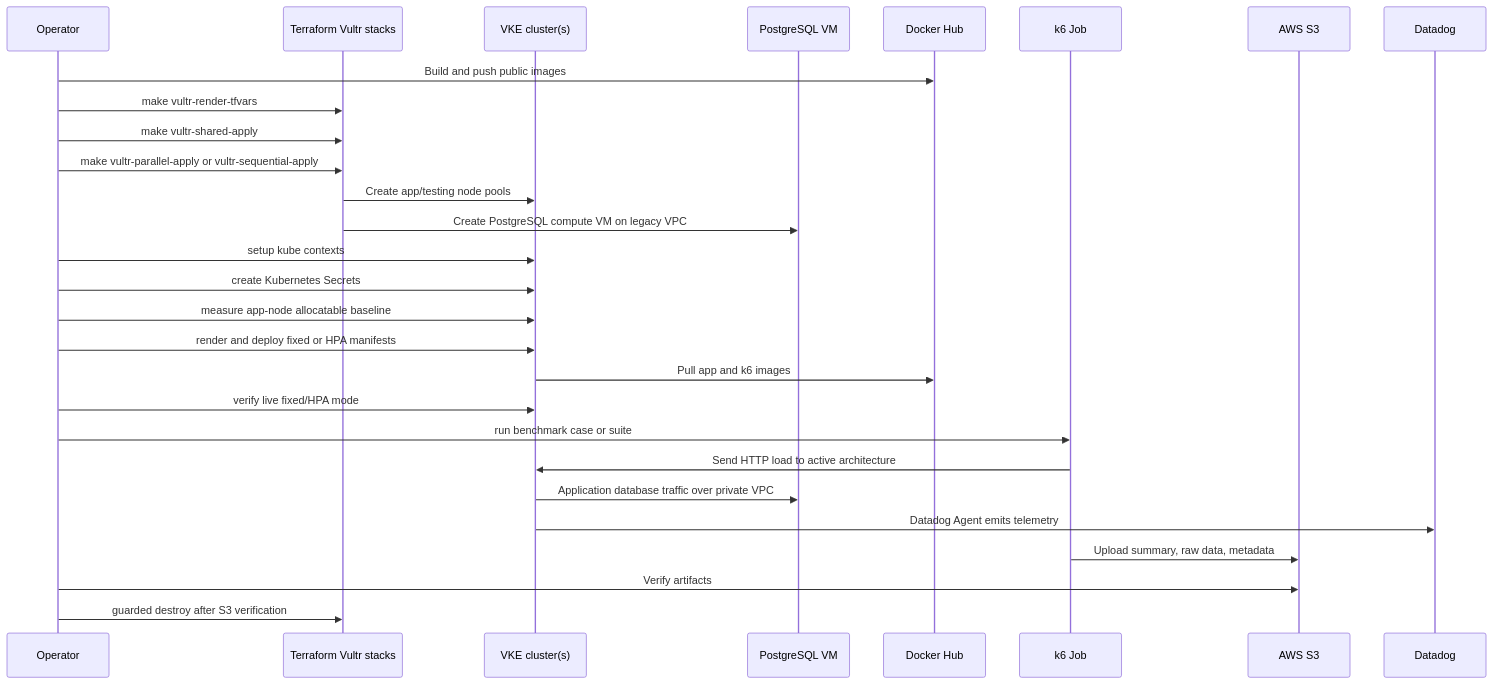
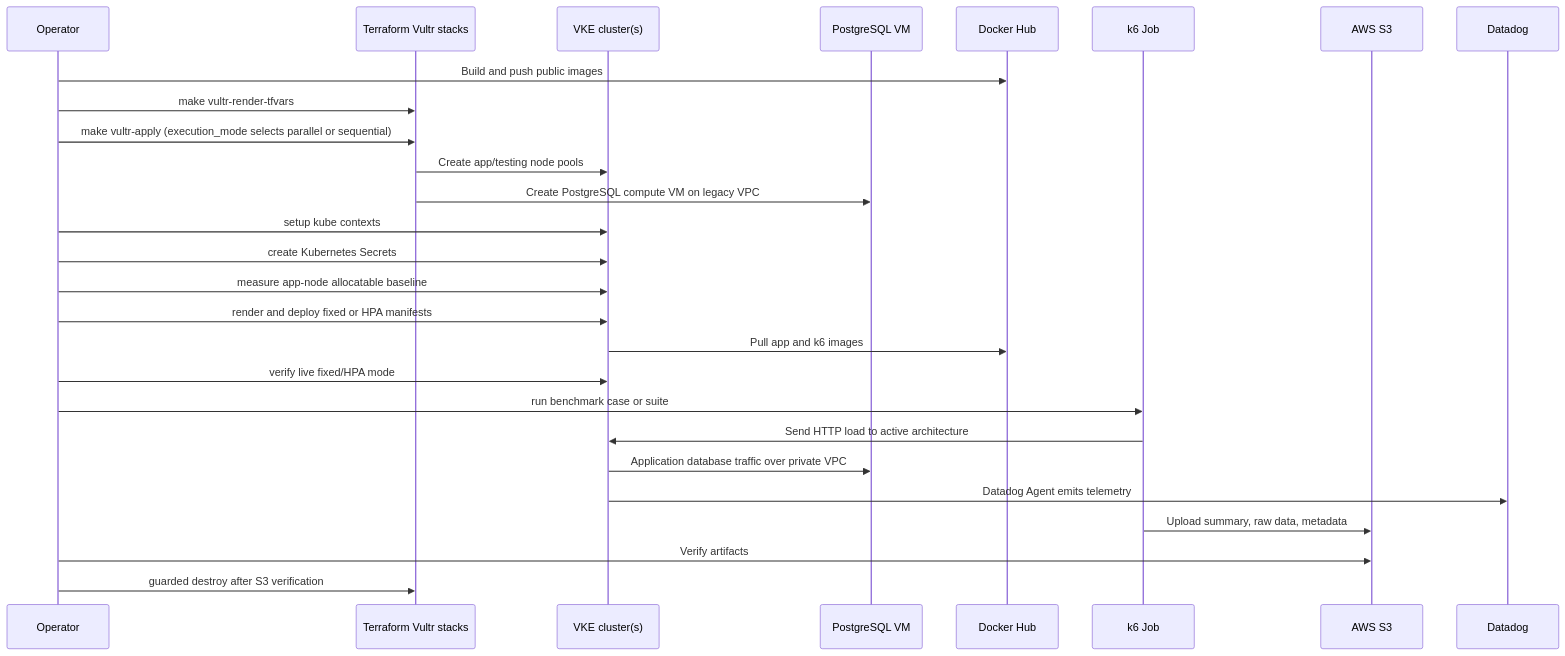
The third of 3 diagrams in docs/diagrams/vultr-vke-topology.md (Ahmad-mufied/monolith-vs-microservice-thesis), drawn with Mermaid before and after one commit. The commit also changed 40 other files, not shown here.

````diff
--- a/docs/diagrams/vultr-vke-topology.md
+++ b/docs/diagrams/vultr-vke-topology.md
@@ -110,31 +110,30 @@
 ```mermaid
 sequenceDiagram
   participant Op as Operator
   participant TF as Terraform Vultr stacks
   participant VKE as VKE cluster(s)
   participant PG as PostgreSQL VM
   participant DH as Docker Hub
   participant K6 as k6 Job
   participant S3 as AWS S3
   participant DD as Datadog
 
   Op->>DH: Build and push public images
   Op->>TF: make vultr-render-tfvars
-  Op->>TF: make vultr-shared-apply
-  Op->>TF: make vultr-parallel-apply or vultr-sequential-apply
+  Op->>TF: make vultr-apply (execution_mode selects parallel or sequential)
   TF->>VKE: Create app/testing node pools
   TF->>PG: Create PostgreSQL compute VM on legacy VPC
   Op->>VKE: setup kube contexts
   Op->>VKE: create Kubernetes Secrets
   Op->>VKE: measure app-node allocatable baseline
   Op->>VKE: render and deploy fixed or HPA manifests
   VKE->>DH: Pull app and k6 images
   Op->>VKE: verify live fixed/HPA mode
   Op->>K6: run benchmark case or suite
   K6->>VKE: Send HTTP load to active architecture
   VKE->>PG: Application database traffic over private VPC
   VKE->>DD: Datadog Agent emits telemetry
   K6->>S3: Upload summary, raw data, metadata
   Op->>S3: Verify artifacts
   Op->>TF: guarded destroy after S3 verification
 ```
````
